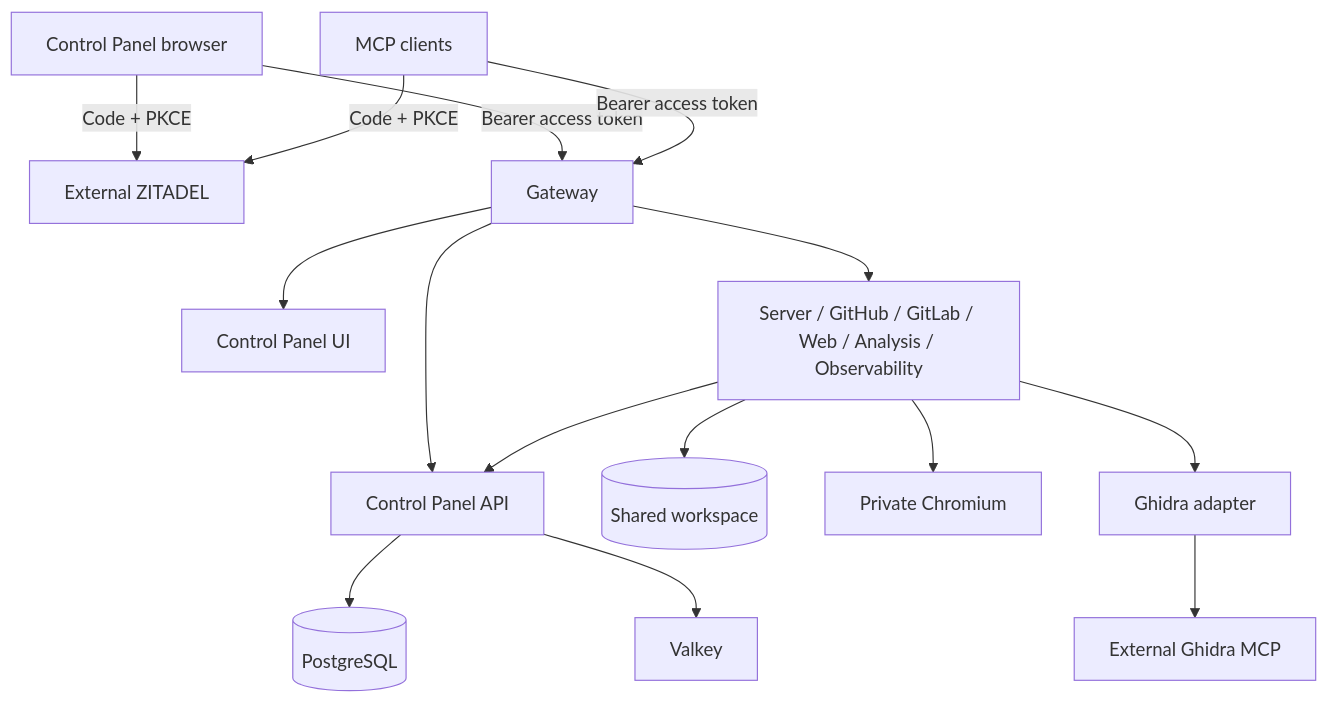
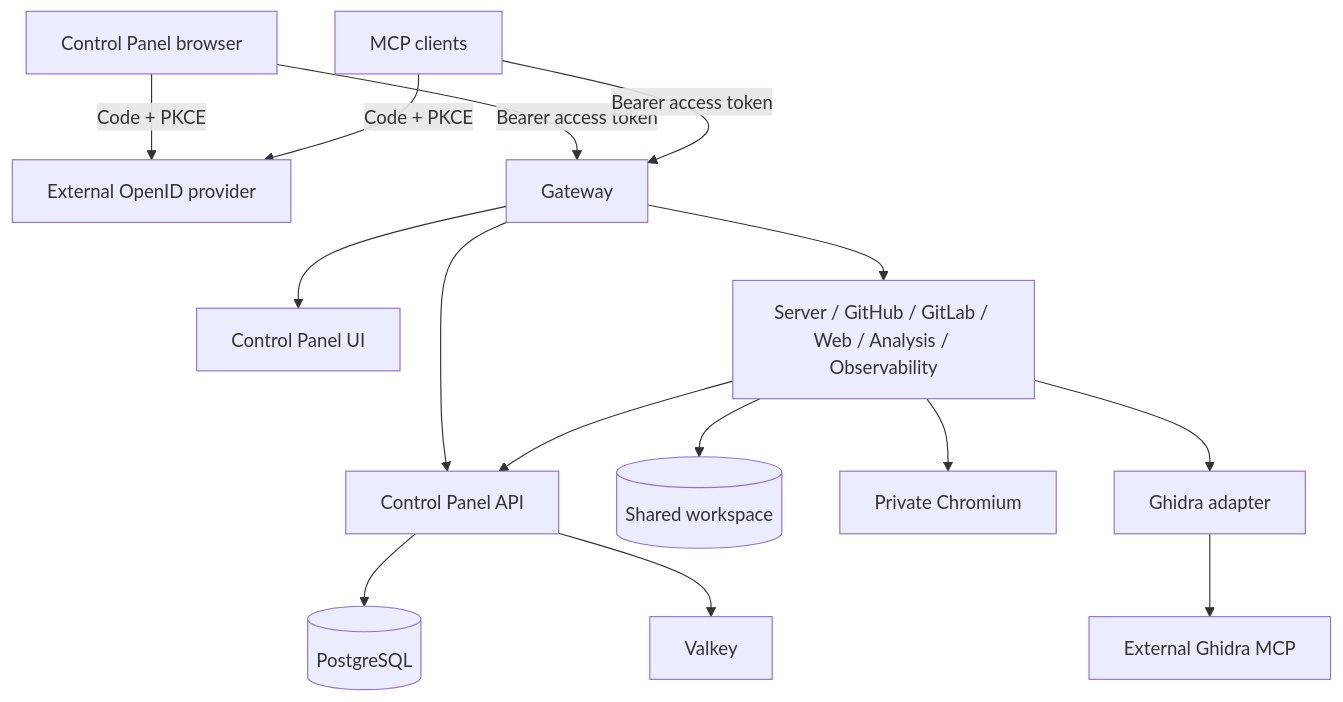
Before and after one commit to KobaProduction/Briareus: the diagram in docs/architecture/overview.md, drawn with Mermaid. The commit also changed other lines of this file and 51 other files, not shown here.

````diff
--- a/docs/architecture/overview.md
+++ b/docs/architecture/overview.md
@@ -7,17 +7,17 @@
 ```mermaid
 flowchart TB
-    Browser[Control Panel browser] -->|Code + PKCE| ID[External ZITADEL]
+    Browser[Control Panel browser] -->|Code + PKCE| ID[External OpenID provider]
     MCP[MCP clients] -->|Code + PKCE| ID
     Browser -->|Bearer access token| GW[Gateway]
     MCP -->|Bearer access token| GW
     GW --> UI[Control Panel UI]
     GW --> API[Control Panel API]
     GW --> Hands[Server / GitHub / GitLab / Web / Analysis / Observability]
     API --> PG[(PostgreSQL)]
     API --> Cache[Valkey]
     Hands --> API
     Hands --> Workspace[(Shared workspace)]
     Hands --> Chromium[Private Chromium]
     Hands --> Adapter[Ghidra adapter]
     Adapter --> Ghidra[External Ghidra MCP]
 ```
````
